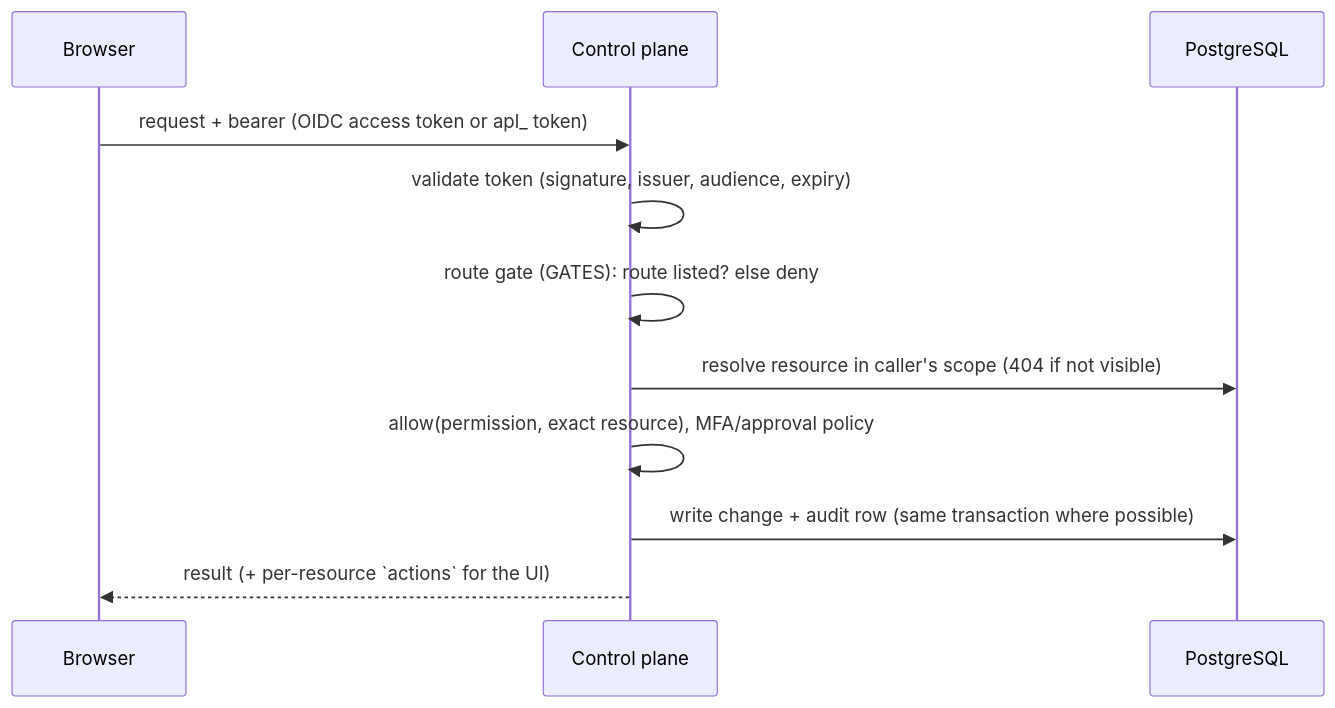
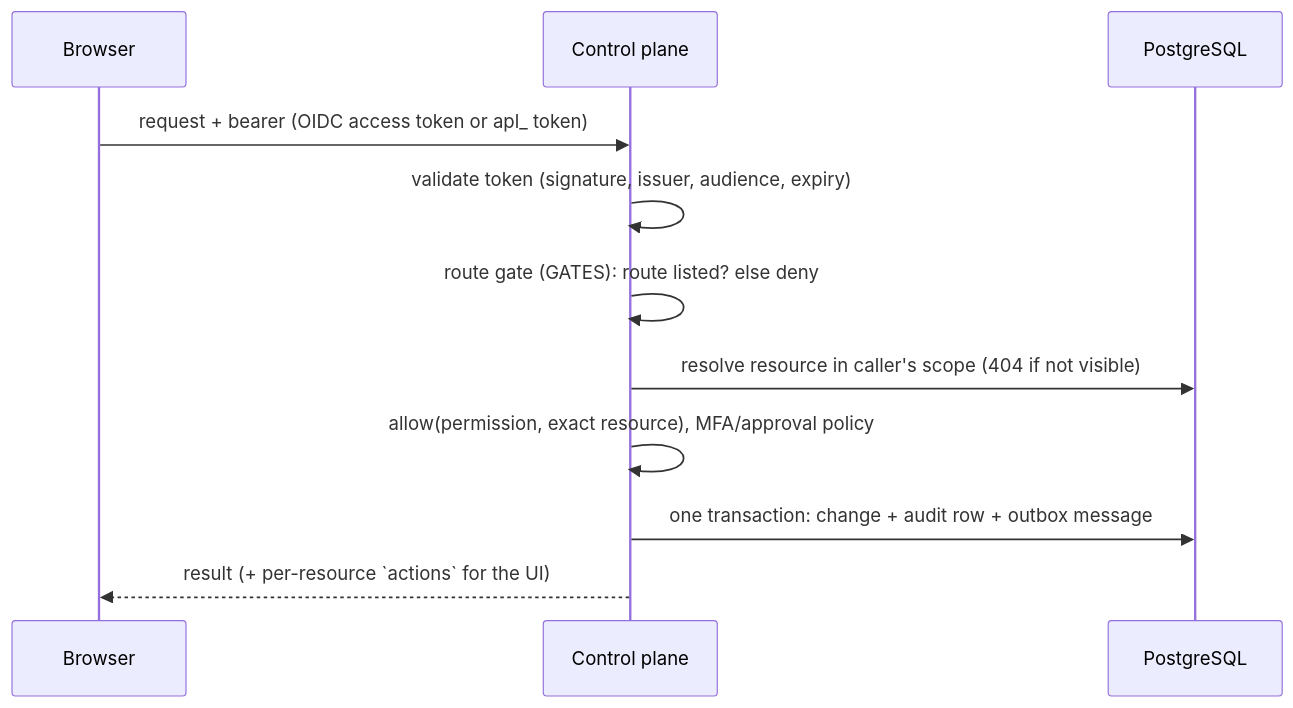
The second of 2 diagrams in docs/architecture/IDENTITY-AND-AUTHORIZATION.md (Apelora/apelora-fabric), drawn with Mermaid before and after one commit. The commit also changed other lines of this file and 59 other files, not shown here.

````diff
--- a/docs/architecture/IDENTITY-AND-AUTHORIZATION.md
+++ b/docs/architecture/IDENTITY-AND-AUTHORIZATION.md
@@ -31,13 +31,13 @@
 ```mermaid
 sequenceDiagram
   participant B as Browser
   participant API as Control plane
   participant DB as PostgreSQL
   B->>API: request + bearer (OIDC access token or apl_ token)
   API->>API: validate token (signature, issuer, audience, expiry)
   API->>API: route gate (GATES): route listed? else deny
   API->>DB: resolve resource in caller's scope (404 if not visible)
   API->>API: allow(permission, exact resource), MFA/approval policy
-  API->>DB: write change + audit row (same transaction where possible)
+  API->>DB: one transaction: change + audit row + outbox message
   API-->>B: result (+ per-resource `actions` for the UI)
 ```
````
